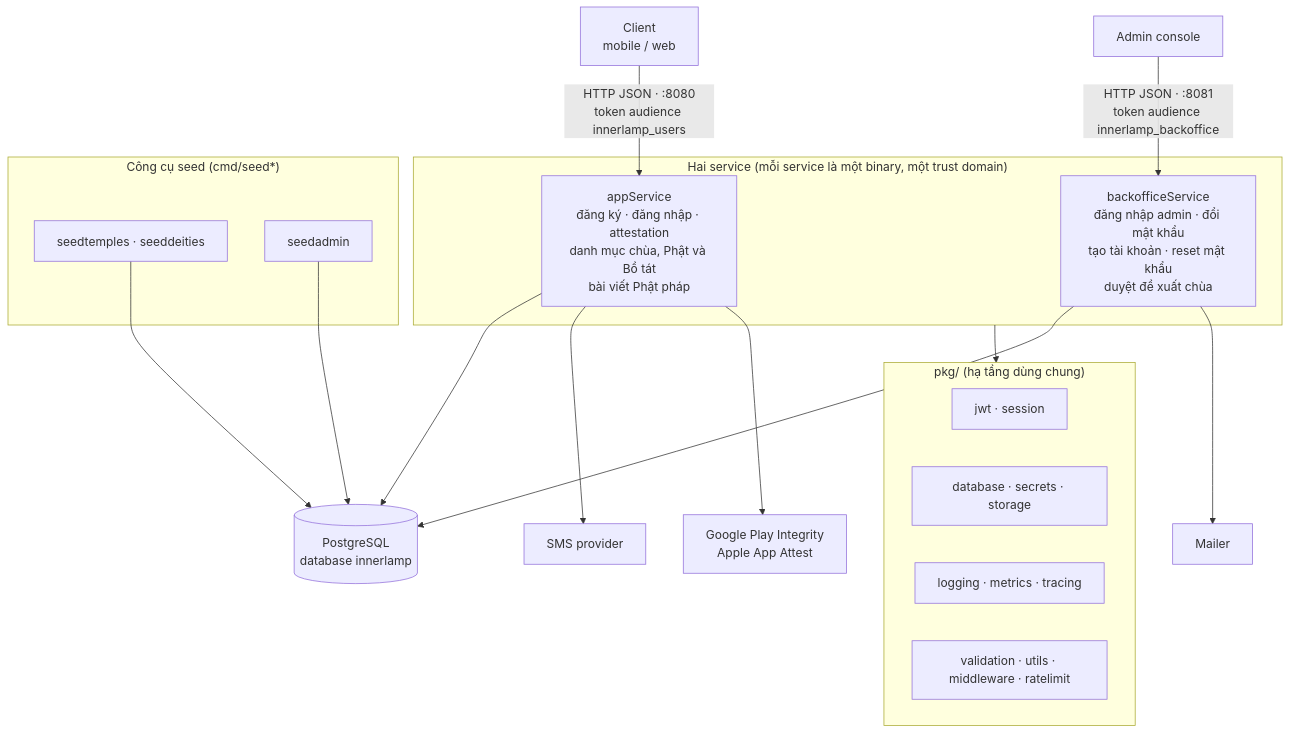
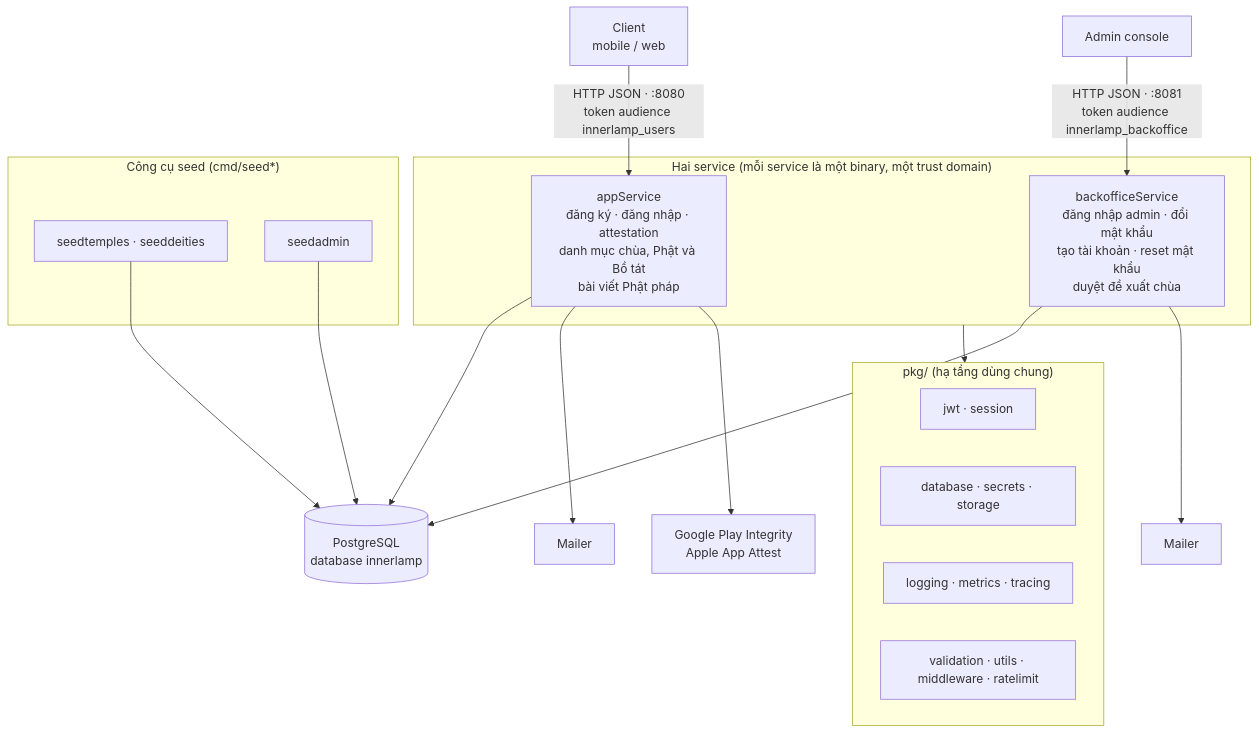
One commit to chjpcojit/innerlamp-be changed the diagram in web/docs/src/content/docs/architecture/overview.md. Above: the diagram before and after it, drawn with Mermaid. The commit also changed other lines of this file and 20 other files, not shown here.

````diff
--- a/web/docs/src/content/docs/architecture/overview.md
+++ b/web/docs/src/content/docs/architecture/overview.md
@@ -10,31 +10,31 @@
 ```mermaid
 flowchart TB
     Mobile[Client<br/>mobile / web] -->|"HTTP JSON · :8080<br/>token audience innerlamp_users"| App
     Admin[Admin console] -->|"HTTP JSON · :8081<br/>token audience innerlamp_backoffice"| Back
 
     subgraph svc["Hai service (mỗi service là một binary, một trust domain)"]
         App["appService<br/>đăng ký · đăng nhập · attestation<br/>danh mục chùa, Phật và Bồ tát<br/>bài viết Phật pháp"]
         Back["backofficeService<br/>đăng nhập admin · đổi mật khẩu<br/>tạo tài khoản · reset mật khẩu<br/>duyệt đề xuất chùa"]
     end
 
     App --> PG[(PostgreSQL<br/>database innerlamp)]
     Back --> PG
-    App --> SMS[SMS provider]
+    App --> AppMail[Mailer]
     App --> Att["Google Play Integrity<br/>Apple App Attest"]
     Back --> Mail[Mailer]
 
     subgraph seed["Công cụ seed (cmd/seed*)"]
         S1[seedtemples · seeddeities]
         S2[seedadmin]
     end
     S1 --> PG
     S2 --> PG
 
     subgraph pkg["pkg/ (hạ tầng dùng chung)"]
         P1[jwt · session]
         P2[database · secrets · storage]
         P3[logging · metrics · tracing]
         P4[validation · utils · middleware · ratelimit]
     end
     svc --> pkg
 ```
````
